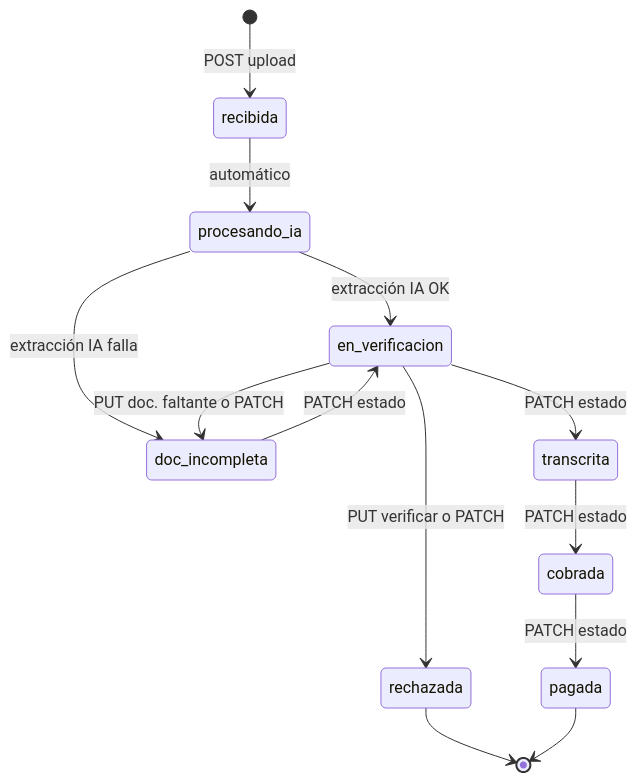
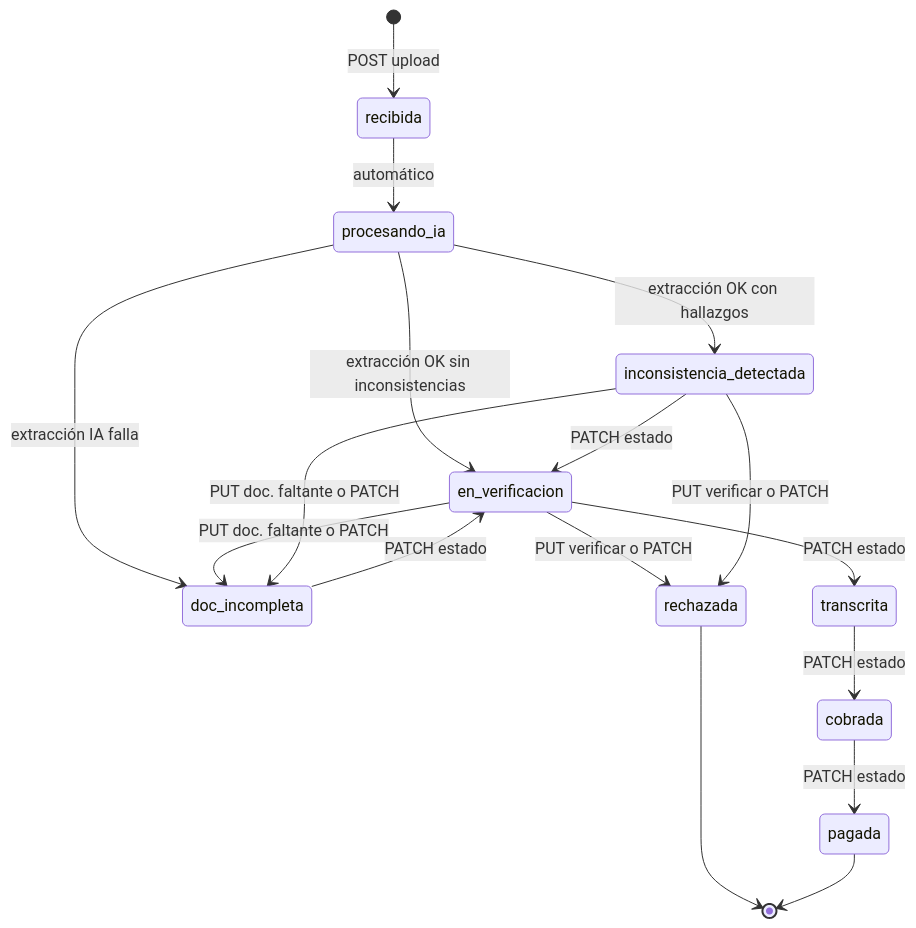
The diagram in README.md (brayan-chiquito/nomisalud-back-end), drawn with Mermaid before and after one commit. The commit also changed other lines of this file and 17 other files, not shown here.

````diff
--- a/README.md
+++ b/README.md
@@ -169,15 +170,19 @@
 ```mermaid
 stateDiagram-v2
     [*] --> recibida: POST upload
     recibida --> procesando_ia: automático
-    procesando_ia --> en_verificacion: extracción IA OK
+    procesando_ia --> en_verificacion: extracción OK sin inconsistencias
+    procesando_ia --> inconsistencia_detectada: extracción OK con hallazgos
     procesando_ia --> doc_incompleta: extracción IA falla
     en_verificacion --> transcrita: PATCH estado
     en_verificacion --> doc_incompleta: PUT doc. faltante o PATCH
     en_verificacion --> rechazada: PUT verificar o PATCH
+    inconsistencia_detectada --> en_verificacion: PATCH estado
+    inconsistencia_detectada --> doc_incompleta: PUT doc. faltante o PATCH
+    inconsistencia_detectada --> rechazada: PUT verificar o PATCH
     doc_incompleta --> en_verificacion: PATCH estado
     transcrita --> cobrada: PATCH estado
     cobrada --> pagada: PATCH estado
     rechazada --> [*]
     pagada --> [*]
 ```
````
